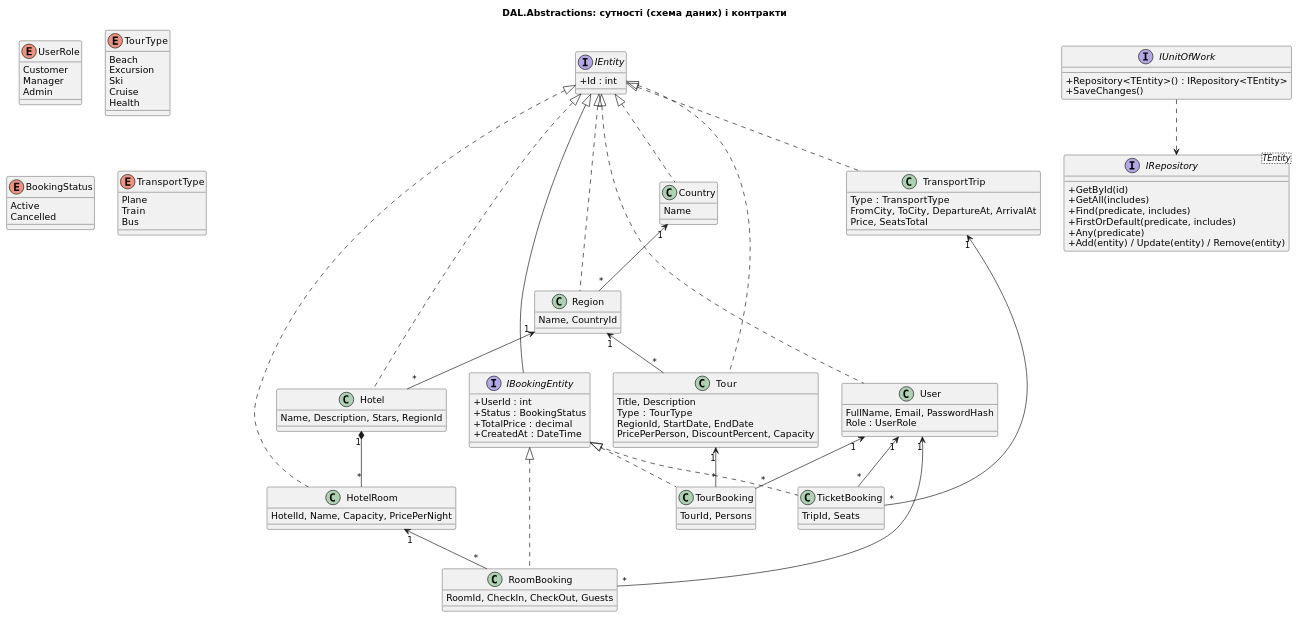
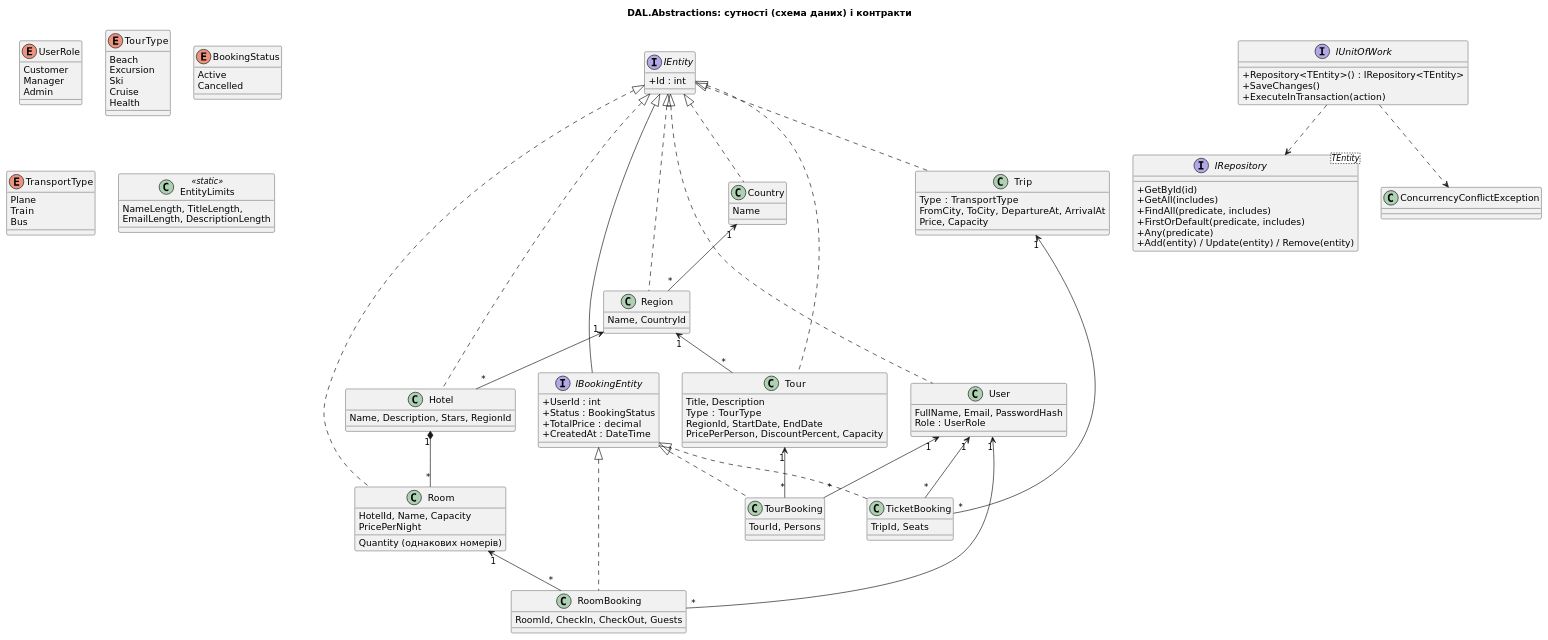
The diagram in docs/uml/03-dal-entities.puml (01eksandr0/Bz-121-24-1-PI-2-backend), drawn with PlantUML before and after one commit. The commit also changed 10 other files, not shown here.

Commit message:
TA-19: update README, UML sources, backlog and CLAUDE.md after review fixes

```diff
--- a/docs/uml/03-dal-entities.puml
+++ b/docs/uml/03-dal-entities.puml
@@ -1,107 +1,116 @@
 @startuml
 skinparam defaultFontName DejaVu Sans
 skinparam shadowing false
 skinparam classAttributeIconSize 0
 skinparam packageStyle rectangle
 title DAL.Abstractions: сутності (схема даних) і контракти
 interface IEntity {
   + Id : int
 }
 interface IBookingEntity {
   + UserId : int
   + Status : BookingStatus
   + TotalPrice : decimal
   + CreatedAt : DateTime
 }
 class User {
   FullName, Email, PasswordHash
   Role : UserRole
 }
 class Country {
   Name
 }
 class Region {
   Name, CountryId
 }
 class Tour {
   Title, Description
   Type : TourType
   RegionId, StartDate, EndDate
   PricePerPerson, DiscountPercent, Capacity
 }
 class TourBooking {
   TourId, Persons
 }
 class Hotel {
   Name, Description, Stars, RegionId
 }
-class HotelRoom {
-  HotelId, Name, Capacity, PricePerNight
+class Room {
+  HotelId, Name, Capacity
+  Quantity (однакових номерів)
+  PricePerNight
 }
 class RoomBooking {
   RoomId, CheckIn, CheckOut, Guests
 }
-class TransportTrip {
+class Trip {
   Type : TransportType
   FromCity, ToCity, DepartureAt, ArrivalAt
-  Price, SeatsTotal
+  Price, Capacity
 }
 class TicketBooking {
   TripId, Seats
 }
 enum UserRole {
   Customer
   Manager
   Admin
 }
 enum TourType {
   Beach
   Excursion
   Ski
   Cruise
   Health
 }
 enum BookingStatus {
   Active
   Cancelled
 }
 enum TransportType {
   Plane
   Train
   Bus
 }
 interface "IRepository<TEntity>" as IR {
   + GetById(id)
   + GetAll(includes)
-  + Find(predicate, includes)
+  + FindAll(predicate, includes)
   + FirstOrDefault(predicate, includes)
   + Any(predicate)
   + Add(entity) / Update(entity) / Remove(entity)
 }
 interface IUnitOfWork {
   + Repository<TEntity>() : IRepository<TEntity>
   + SaveChanges()
+  + ExecuteInTransaction(action)
+}
+class ConcurrencyConflictException
+class EntityLimits <<static>> {
+  NameLength, TitleLength,
+  EmailLength, DescriptionLength
 }
 IEntity <|-- IBookingEntity
 IEntity <|.. User
 IEntity <|.. Country
 IEntity <|.. Region
 IEntity <|.. Tour
 IEntity <|.. Hotel
-IEntity <|.. HotelRoom
-IEntity <|.. TransportTrip
+IEntity <|.. Room
+IEntity <|.. Trip
 IBookingEntity <|.. TourBooking
 IBookingEntity <|.. RoomBooking
 IBookingEntity <|.. TicketBooking
 Country "1" <-- "*" Region
 Region "1" <-- "*" Tour
 Region "1" <-- "*" Hotel
-Hotel "1" *-- "*" HotelRoom
+Hotel "1" *-- "*" Room
 Tour "1" <-- "*" TourBooking
-HotelRoom "1" <-- "*" RoomBooking
-TransportTrip "1" <-- "*" TicketBooking
+Room "1" <-- "*" RoomBooking
+Trip "1" <-- "*" TicketBooking
 User "1" <-- "*" TourBooking
 User "1" <-- "*" RoomBooking
 User "1" <-- "*" TicketBooking
 IUnitOfWork ..> IR
+IUnitOfWork ..> ConcurrencyConflictException
 @enduml
```
